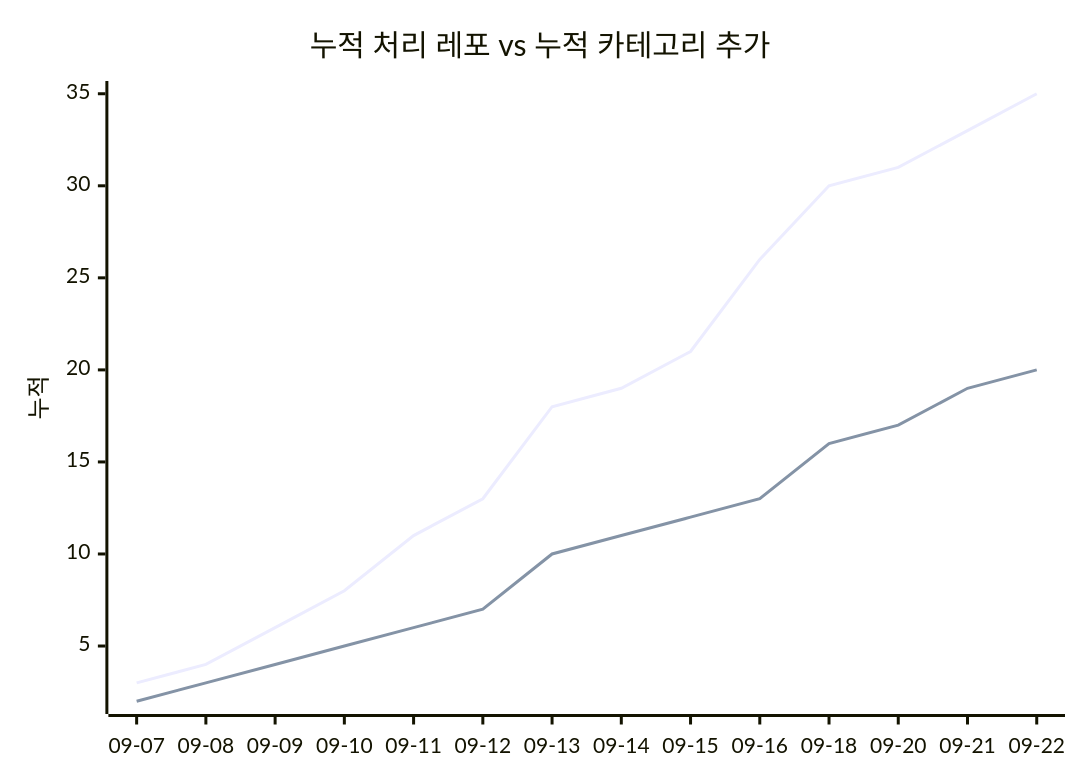
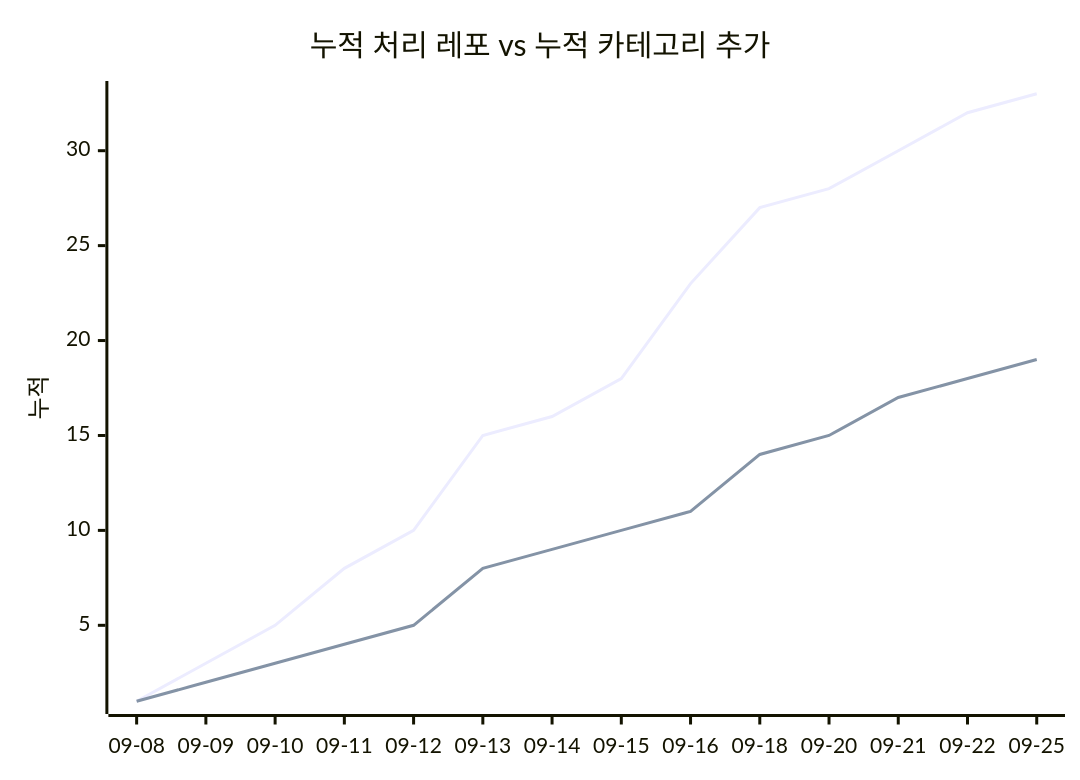
The second of 2 diagrams in docs/trends.md (J-nowcow/awesome-korean-agent-skills), drawn with Mermaid before and after one commit. The commit also changed other lines of this file and 3 other files, not shown here.

````diff
--- a/docs/trends.md
+++ b/docs/trends.md
@@ -68,8 +68,8 @@
 ```mermaid
 xychart-beta
     title "누적 처리 레포 vs 누적 카테고리 추가"
-    x-axis ["09-07","09-08","09-09","09-10","09-11","09-12","09-13","09-14","09-15","09-16","09-18","09-20","09-21","09-22"]
+    x-axis ["09-08","09-09","09-10","09-11","09-12","09-13","09-14","09-15","09-16","09-18","09-20","09-21","09-22","09-25"]
     y-axis "누적"
-    line [3,4,6,8,11,13,18,19,21,26,30,31,33,35]
-    line [2,3,4,5,6,7,10,11,12,13,16,17,19,20]
+    line [1,3,5,8,10,15,16,18,23,27,28,30,32,33]
+    line [1,2,3,4,5,8,9,10,11,14,15,17,18,19]
 ```
````
